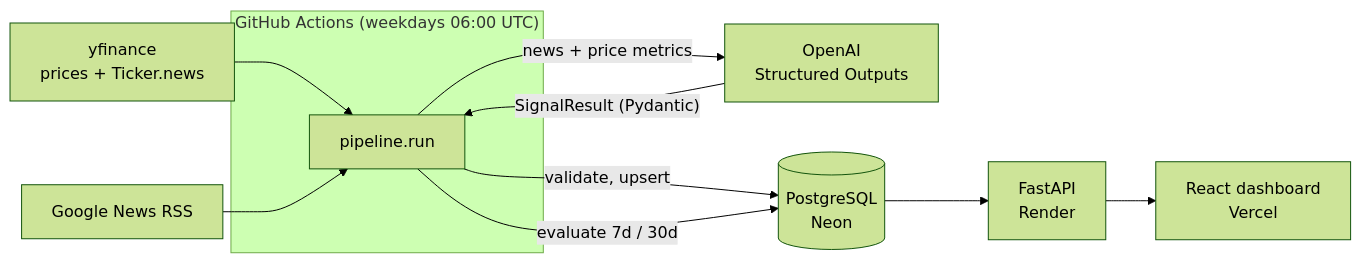
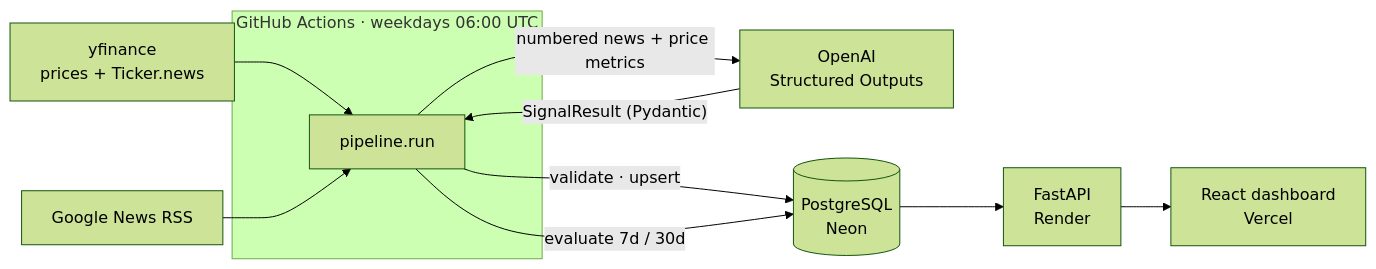
One commit to olegicks/SignalForge-AI changed the diagram in README.md. Above: the diagram before and after it, drawn with Mermaid (forest theme). The commit also changed other lines of this file and 9 other files, not shown here.

````diff
--- a/README.md
+++ b/README.md
@@ -21,14 +59,14 @@
 ```mermaid
 flowchart LR
-    subgraph GH["GitHub Actions (weekdays 06:00 UTC)"]
+    subgraph GH["GitHub Actions · weekdays 06:00 UTC"]
         P["pipeline.run"]
     end
     YF["yfinance<br/>prices + Ticker.news"] --> P
     GN["Google News RSS"] --> P
-    P -- "news + price metrics" --> LLM["OpenAI<br/>Structured Outputs"]
+    P -- "numbered news + price metrics" --> LLM["OpenAI<br/>Structured Outputs"]
     LLM -- "SignalResult (Pydantic)" --> P
-    P -- "validate, upsert" --> DB[("PostgreSQL<br/>Neon")]
+    P -- "validate · upsert" --> DB[("PostgreSQL<br/>Neon")]
     P -- "evaluate 7d / 30d" --> DB
     DB --> API["FastAPI<br/>Render"]
     API --> WEB["React dashboard<br/>Vercel"]
 ```
````
